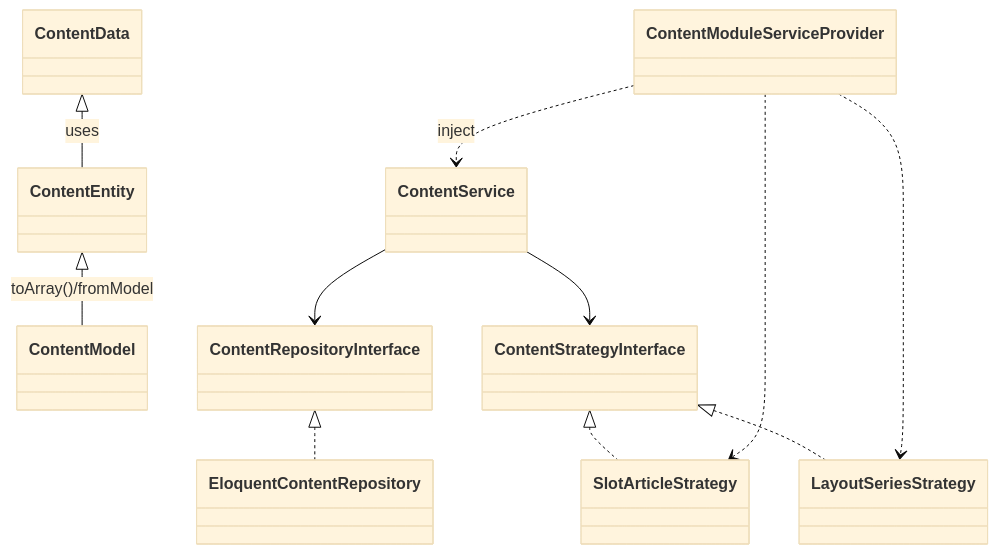
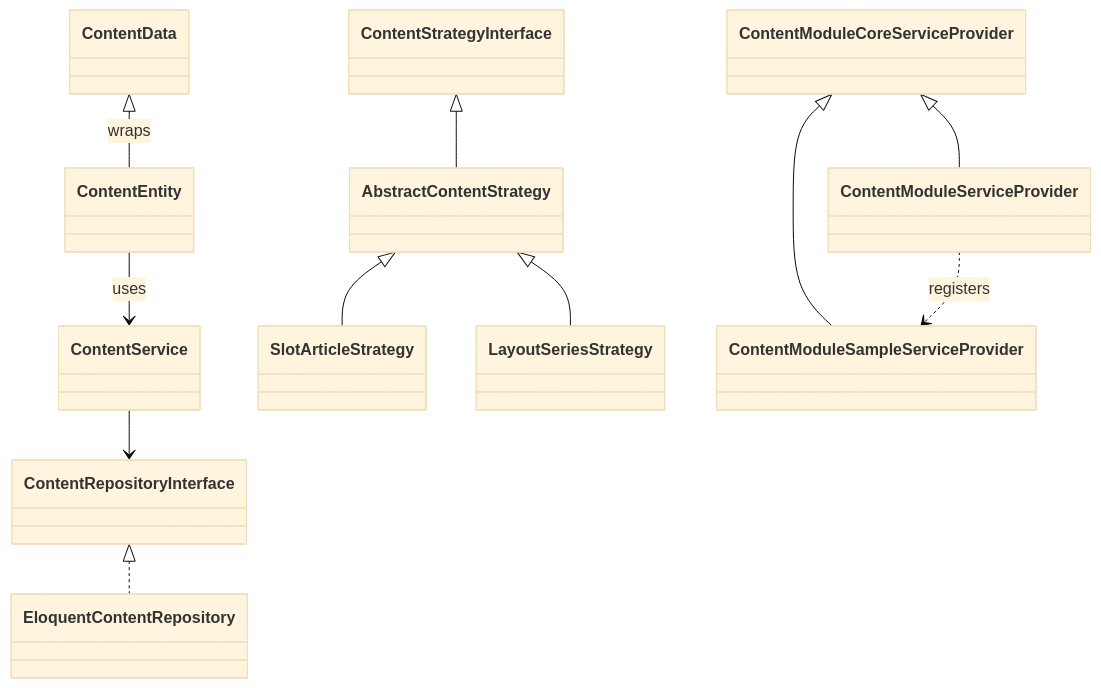
One commit to isinxnisi/slick-book changed the first of 2 diagrams in slick-book/modules/ContentModule/README.md. Above: the diagram before and after it, drawn with Mermaid (base theme). The commit also changed other lines of this file and 2 other files, not shown here.

Commit message:
[update]#12 ContentModule｜ドキュメント更新

````diff
--- a/slick-book/modules/ContentModule/README.md
+++ b/slick-book/modules/ContentModule/README.md
@@ -17,20 +216,21 @@
 ```mermaid
 classDiagram
-    %% Entity, DTO, Model
-    ContentData <|-- ContentEntity : uses
-    ContentEntity <|-- ContentModel  : toArray()/fromModel
+    %% Core: DTO, Entity, Repository Interface, Service
+    ContentData <|-- ContentEntity : wraps
+    ContentEntity --> ContentService : uses
+    ContentService --> ContentRepositoryInterface
+    ContentRepositoryInterface <|.. EloquentContentRepository
 
-    %% Repository & Service
-    ContentRepositoryInterface <|.. EloquentContentRepository
-    ContentService --> ContentRepositoryInterface
-    ContentService --> ContentStrategyInterface
+    %% Core: Strategy contracts
+    ContentStrategyInterface <|-- AbstractContentStrategy
 
-    %% Strategy Pattern
-    ContentStrategyInterface <|.. SlotArticleStrategy
-    ContentStrategyInterface <|.. LayoutSeriesStrategy
+    %% Samples: 具体戦略の実装
+    AbstractContentStrategy <|-- SlotArticleStrategy
+    AbstractContentStrategy <|-- LayoutSeriesStrategy
 
-    %% ServiceProvider
-    ContentModuleServiceProvider ..> ContentService : inject
-    ContentModuleServiceProvider ..> SlotArticleStrategy
-    ContentModuleServiceProvider ..> LayoutSeriesStrategy
+    %% Providers 階層
+    ContentModuleCoreServiceProvider <|-- ContentModuleSampleServiceProvider
+    ContentModuleCoreServiceProvider <|-- ContentModuleServiceProvider
+    ContentModuleServiceProvider ..> ContentModuleSampleServiceProvider : registers
+
 ```
````
